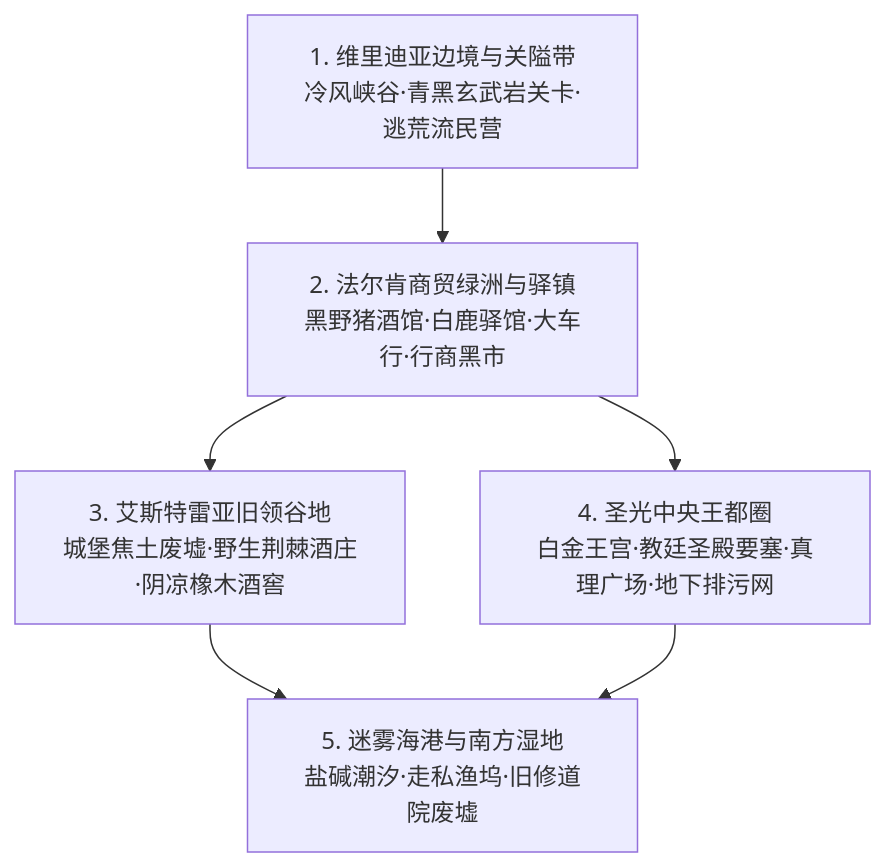
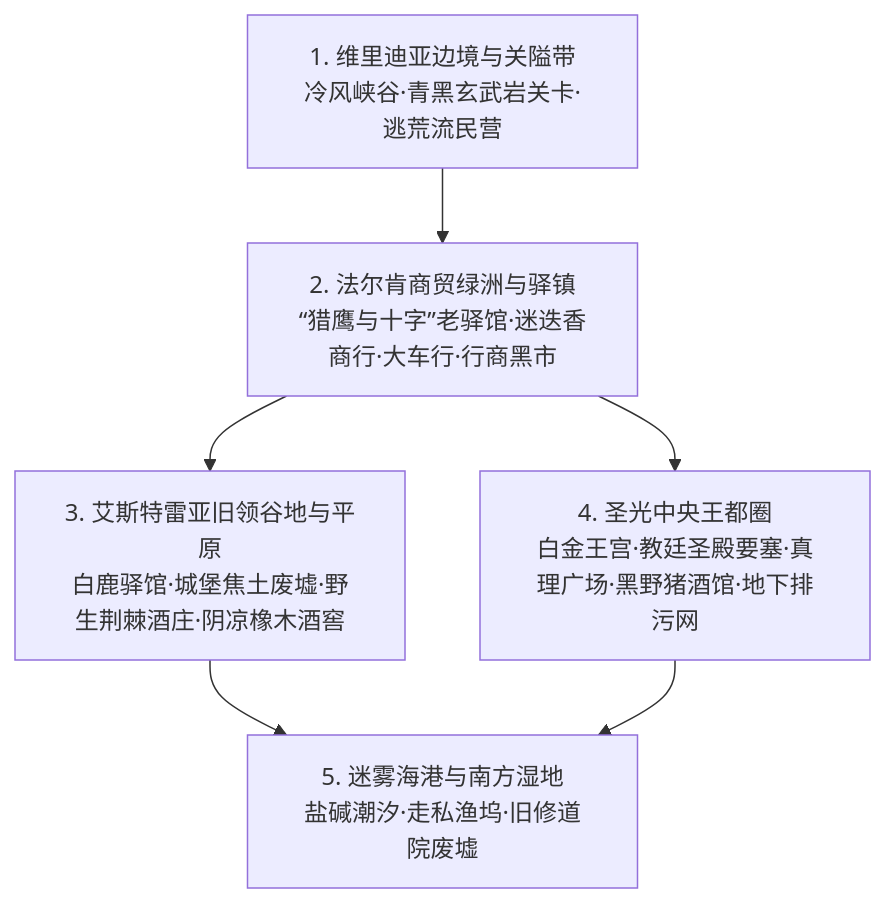
The diagram in 方案/第二部/主线与世界扩充方案/02_维里迪亚风土人情与宏大世界构建方案.md (soranokiseki1437/eldoria-worldbook), drawn with Mermaid before and after one commit. The commit also changed other lines of this file and 130 other files, not shown here.

````diff
--- a/方案/第二部/主线与世界扩充方案/02_维里迪亚风土人情与宏大世界构建方案.md
+++ b/方案/第二部/主线与世界扩充方案/02_维里迪亚风土人情与宏大世界构建方案.md
@@ -12,8 +12,8 @@
 ```mermaid
 graph TD
-    Area1["1. 维里迪亚边境与关隘带<br/>冷风峡谷·青黑玄武岩关卡·逃荒流民营"] --> Area2["2. 法尔肯商贸绿洲与驿镇<br/>黑野猪酒馆·白鹿驿馆·大车行·行商黑市"]
-    Area2 --> Area3["3. 艾斯特雷亚旧领谷地<br/>城堡焦土废墟·野生荆棘酒庄·阴凉橡木酒窖"]
-    Area2 --> Area4["4. 圣光中央王都圈<br/>白金王宫·教廷圣殿要塞·真理广场·地下排污网"]
+    Area1["1. 维里迪亚边境与关隘带<br/>冷风峡谷·青黑玄武岩关卡·逃荒流民营"] --> Area2["2. 法尔肯商贸绿洲与驿镇<br/>“猎鹰与十字”老驿馆·迷迭香商行·大车行·行商黑市"]
+    Area2 --> Area3["3. 艾斯特雷亚旧领谷地与平原<br/>白鹿驿馆·城堡焦土废墟·野生荆棘酒庄·阴凉橡木酒窖"]
+    Area2 --> Area4["4. 圣光中央王都圈<br/>白金王宫·教廷圣殿要塞·真理广场·黑野猪酒馆·地下排污网"]
     Area3 --> Area5["5. 迷雾海港与南方湿地<br/>盐碱潮汐·走私渔坞·旧修道院废墟"]
     Area4 --> Area5
 ```
````
